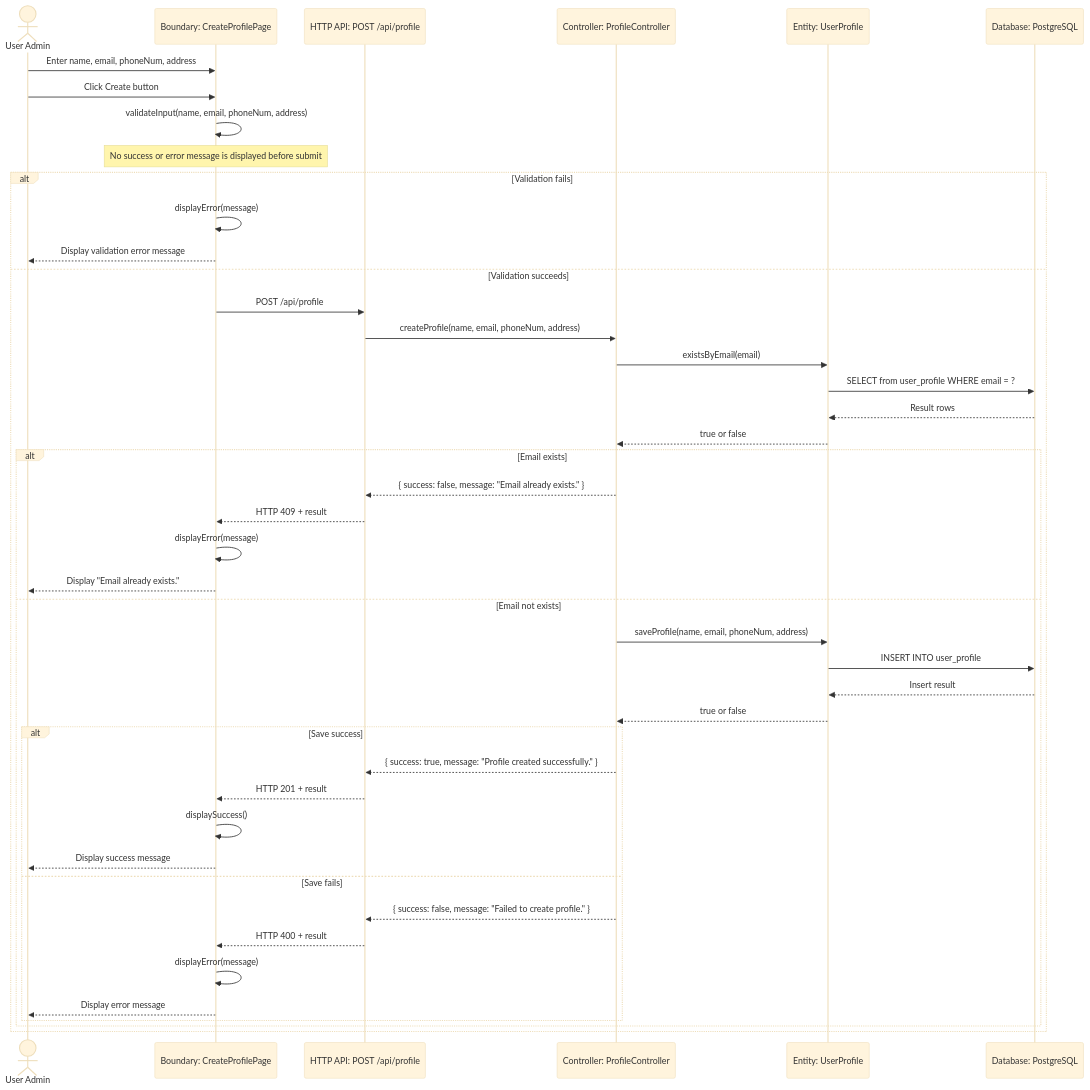
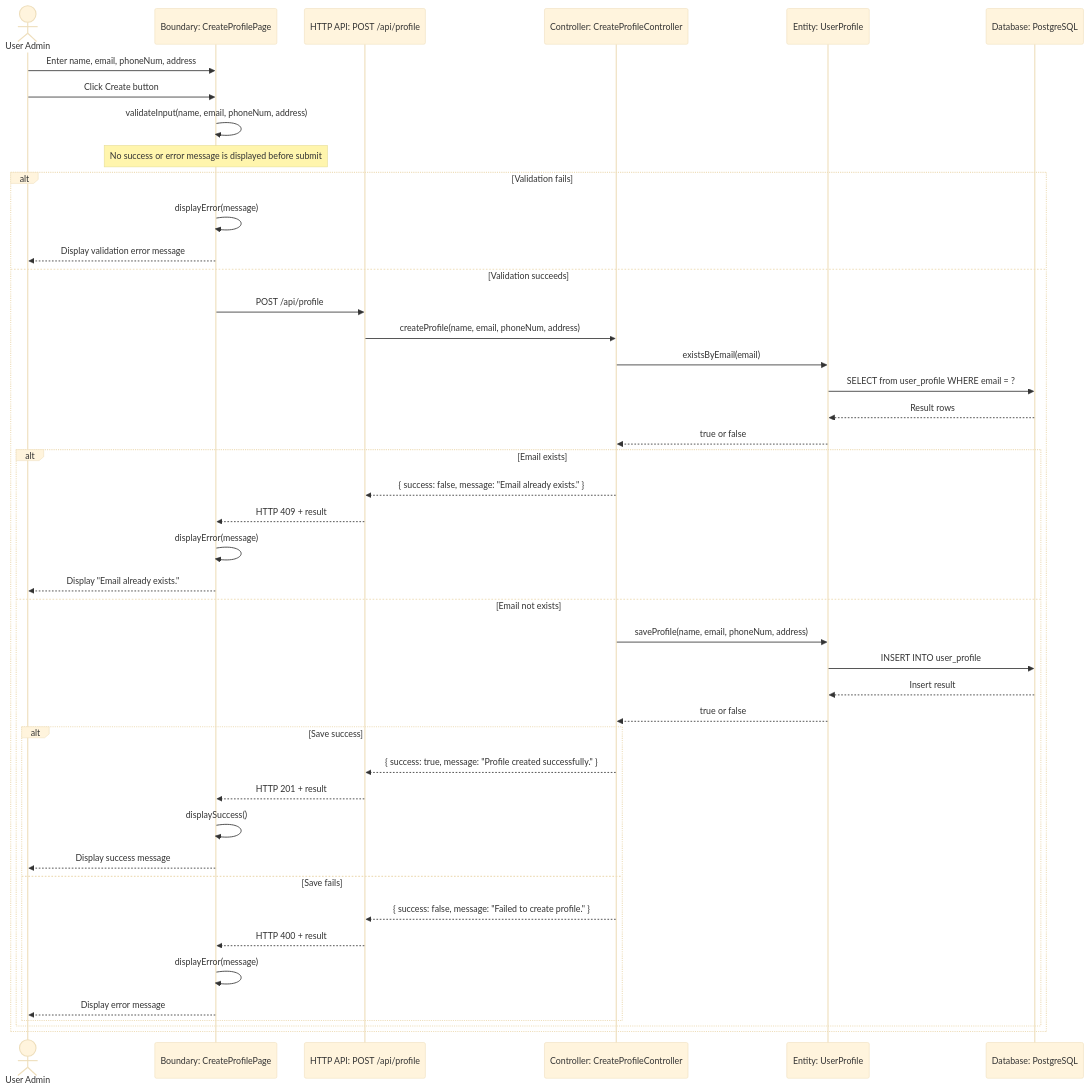
One commit to JSL124/SDM-project changed the diagram in docs/profile/sequence-diagram.md. Above: the diagram before and after it, drawn with Mermaid (base theme). The commit also changed 17 other files, not shown here.

````diff
--- a/docs/profile/sequence-diagram.md
+++ b/docs/profile/sequence-diagram.md
@@ -3,50 +3,50 @@
 ```mermaid
 sequenceDiagram
     actor UserAdmin as User Admin
     participant CreateProfilePage as Boundary: CreateProfilePage
     participant ProfileRoute as HTTP API: POST /api/profile
-    participant ProfileController as Controller: ProfileController
+    participant CreateProfileController as Controller: CreateProfileController
     participant UserProfile as Entity: UserProfile
     participant PostgreSQL as Database: PostgreSQL
 
     UserAdmin->>CreateProfilePage: Enter name, email, phoneNum, address
     UserAdmin->>CreateProfilePage: Click Create button
     CreateProfilePage->>CreateProfilePage: validateInput(name, email, phoneNum, address)
     Note over CreateProfilePage: No success or error message is displayed before submit
 
     alt Validation fails
         CreateProfilePage->>CreateProfilePage: displayError(message)
         CreateProfilePage-->>UserAdmin: Display validation error message
     else Validation succeeds
         CreateProfilePage->>ProfileRoute: POST /api/profile
-        ProfileRoute->>ProfileController: createProfile(name, email, phoneNum, address)
-        ProfileController->>UserProfile: existsByEmail(email)
+        ProfileRoute->>CreateProfileController: createProfile(name, email, phoneNum, address)
+        CreateProfileController->>UserProfile: existsByEmail(email)
         UserProfile->>PostgreSQL: SELECT from user_profile WHERE email = ?
         PostgreSQL-->>UserProfile: Result rows
-        UserProfile-->>ProfileController: true or false
+        UserProfile-->>CreateProfileController: true or false
 
         alt Email exists
-            ProfileController-->>ProfileRoute: { success: false, message: "Email already exists." }
+            CreateProfileController-->>ProfileRoute: { success: false, message: "Email already exists." }
             ProfileRoute-->>CreateProfilePage: HTTP 409 + result
             CreateProfilePage->>CreateProfilePage: displayError(message)
             CreateProfilePage-->>UserAdmin: Display "Email already exists."
         else Email not exists
-            ProfileController->>UserProfile: saveProfile(name, email, phoneNum, address)
+            CreateProfileController->>UserProfile: saveProfile(name, email, phoneNum, address)
             UserProfile->>PostgreSQL: INSERT INTO user_profile
             PostgreSQL-->>UserProfile: Insert result
-            UserProfile-->>ProfileController: true or false
+            UserProfile-->>CreateProfileController: true or false
 
             alt Save success
-                ProfileController-->>ProfileRoute: { success: true, message: "Profile created successfully." }
+                CreateProfileController-->>ProfileRoute: { success: true, message: "Profile created successfully." }
                 ProfileRoute-->>CreateProfilePage: HTTP 201 + result
                 CreateProfilePage->>CreateProfilePage: displaySuccess()
                 CreateProfilePage-->>UserAdmin: Display success message
             else Save fails
-                ProfileController-->>ProfileRoute: { success: false, message: "Failed to create profile." }
+                CreateProfileController-->>ProfileRoute: { success: false, message: "Failed to create profile." }
                 ProfileRoute-->>CreateProfilePage: HTTP 400 + result
                 CreateProfilePage->>CreateProfilePage: displayError(message)
                 CreateProfilePage-->>UserAdmin: Display error message
             end
         end
     end
 ```
````
